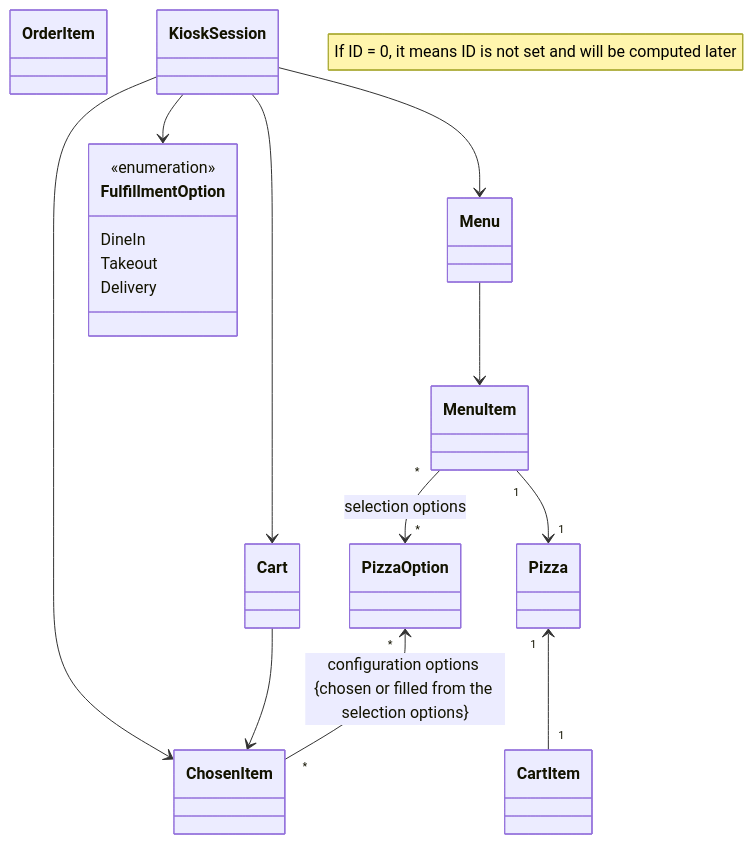
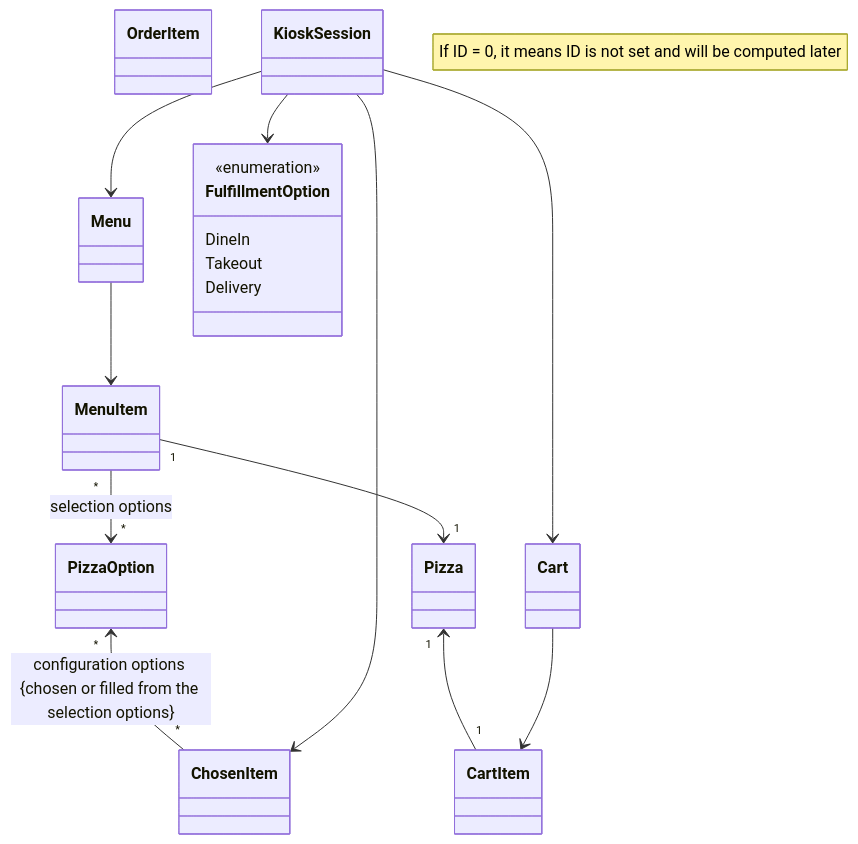
One commit to ekral/Utb.PizzaKiosk changed the diagram in README.md. Above: the diagram before and after it, drawn with Mermaid.

````diff
--- a/README.md
+++ b/README.md
@@ -160,30 +160,30 @@
 ```mermaid
  classDiagram
    note "If ID = 0, it means ID is not set and will be computed later"
    %% direction LR
    class PizzaOption
    class Pizza
    class MenuItem
    class Menu
    class ChosenItem
    class CartItem
    class OrderItem
    class Cart
    class FulfillmentOption{
       <<enumeration>>
       DineIn
       Takeout
       Delivery
    }
    class KioskSession
    MenuItem "1" --> "1"  Pizza
    Pizza "1" <-- "1"  CartItem
    MenuItem "*" --> "*"  PizzaOption : selection options
    PizzaOption "*" <-- "*" ChosenItem : configuration options {chosen or filled from the selection options}
    Menu --> MenuItem
-   Cart --> ChosenItem
+   Cart --> CartItem
    KioskSession --> ChosenItem
    KioskSession --> Cart
    KioskSession --> FulfillmentOption
    KioskSession --> Menu
 ```
````
